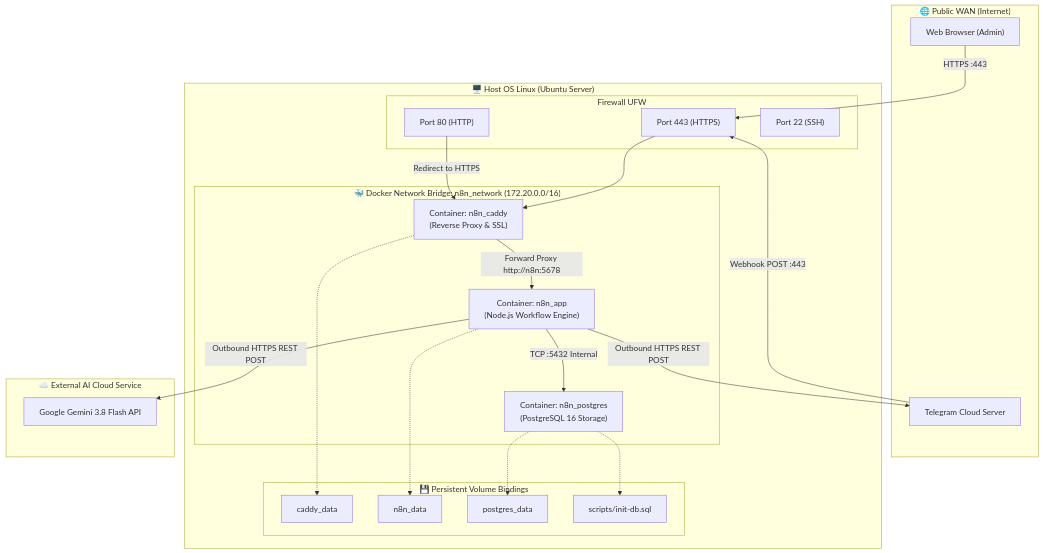
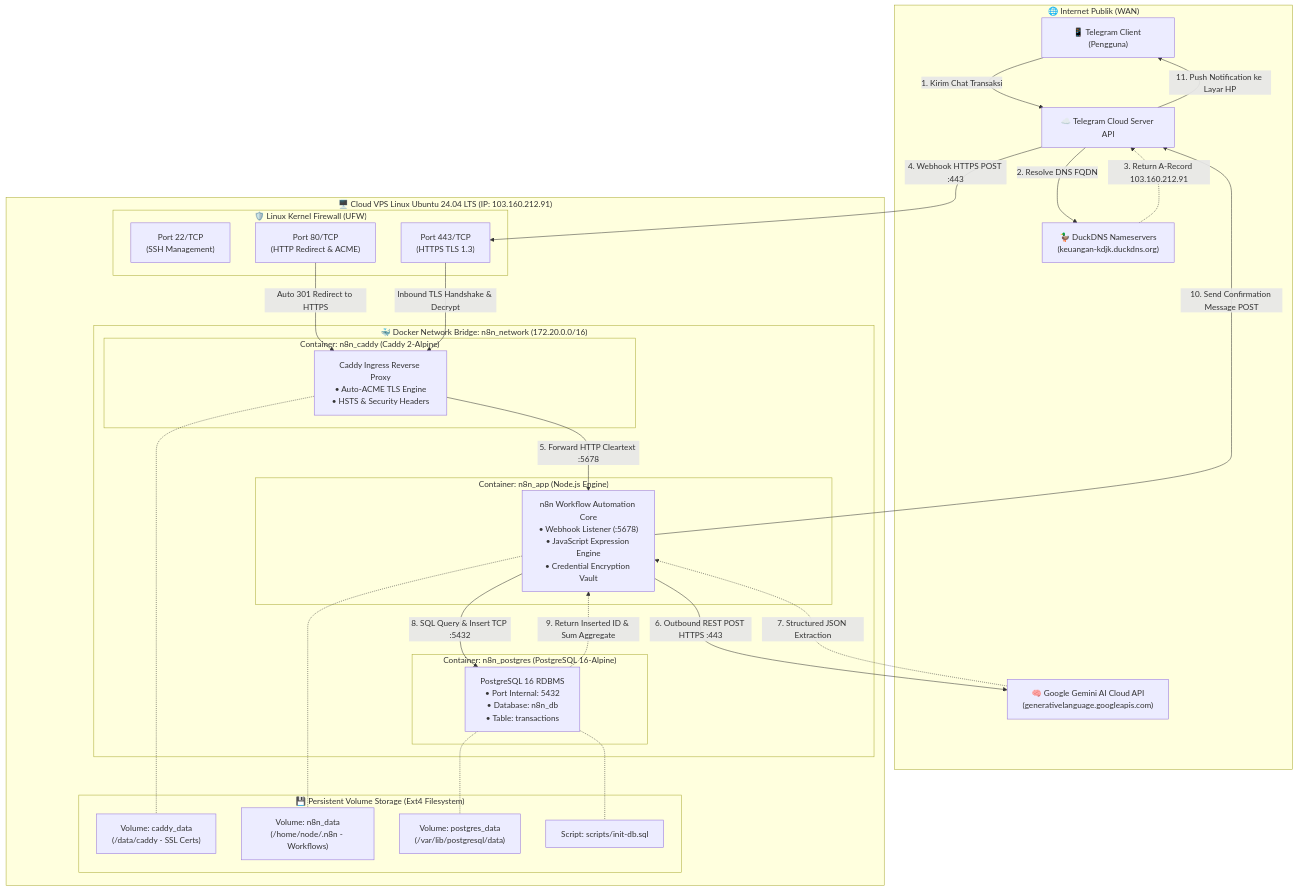
The second of 4 diagrams in README.md (oktares/KDJK-hosting), drawn with Mermaid before and after one commit. The commit also changed other lines of this file and 3 other files, not shown here.

````diff
--- a/README.md
+++ b/README.md
@@ -102,47 +175,65 @@
 ```mermaid
 graph TD
-    subgraph WAN ["🌐 Public WAN (Internet)"]
-        UserBrowser["Web Browser (Admin)"]
-        TelegramWebhook["Telegram Cloud Server"]
+    %% Entitas Eksternal
+    subgraph WAN ["🌐 Internet Publik (WAN)"]
+        UserDevice["📱 Telegram Client (Pengguna)"]
+        TGServer["☁️ Telegram Cloud Server API"]
+        DuckDNSSrv["🦆 DuckDNS Nameservers\n(keuangan-kdjk.duckdns.org)"]
+        GeminiCloud["🧠 Google Gemini AI Cloud API\n(generativelanguage.googleapis.com)"]
     end
 
-    subgraph HostVPS ["🖥️ Host OS Linux (Ubuntu Server)"]
-        subgraph UFW ["Firewall UFW"]
-            P80["Port 80 (HTTP)"]
-            P443["Port 443 (HTTPS)"]
-            P22["Port 22 (SSH)"]
+    %% Host VPS Linux
+    subgraph VPSHost ["🖥️ Cloud VPS Linux Ubuntu 24.04 LTS (IP: 103.160.212.91)"]
+        subgraph UFWFW ["🛡️ Linux Kernel Firewall (UFW)"]
+            Port22["Port 22/TCP\n(SSH Management)"]
+            Port80["Port 80/TCP\n(HTTP Redirect & ACME)"]
+            Port443["Port 443/TCP\n(HTTPS TLS 1.3)"]
         end
 
-        subgraph DockerNet ["🐳 Docker Network Bridge: n8n_network (172.20.0.0/16)"]
-            CaddyCtr["Container: n8n_caddy\n(Reverse Proxy & SSL)"]
-            N8nCtr["Container: n8n_app\n(Node.js Workflow Engine)"]
-            PGCtr["Container: n8n_postgres\n(PostgreSQL 16 Storage)"]
+        subgraph DockerBridge ["🐳 Docker Network Bridge: n8n_network (172.20.0.0/16)"]
+            subgraph ContCaddy ["Container: n8n_caddy (Caddy 2-Alpine)"]
+                CaddyEngine["Caddy Ingress Reverse Proxy\n• Auto-ACME TLS Engine\n• HSTS & Security Headers"]
+            end
+
+            subgraph ContN8n ["Container: n8n_app (Node.js Engine)"]
+                N8nCore["n8n Workflow Automation Core\n• Webhook Listener (:5678)\n• JavaScript Expression Engine\n• Credential Encryption Vault"]
+            end
+
+            subgraph ContPostgres ["Container: n8n_postgres (PostgreSQL 16-Alpine)"]
+                PGEngine["PostgreSQL 16 RDBMS\n• Port Internal: 5432\n• Database: n8n_db\n• Table: transactions"]
+            end
         end
 
-        subgraph Volumes ["💾 Persistent Volume Bindings"]
-            VolCaddy["caddy_data"]
-            VolN8n["n8n_data"]
-            VolPG["postgres_data"]
-            VolInit["scripts/init-db.sql"]
+        subgraph HostStorage ["💾 Persistent Volume Storage (Ext4 Filesystem)"]
+            VolCaddyData["Volume: caddy_data\n(/data/caddy - SSL Certs)"]
+            VolN8nData["Volume: n8n_data\n(/home/node/.n8n - Workflows)"]
+            VolPGData["Volume: postgres_data\n(/var/lib/postgresql/data)"]
+            InitSQL["Script: scripts/init-db.sql"]
         end
     end
 
-    subgraph ExternalCloud ["☁️ External AI Cloud Service"]
-        GeminiAPI["Google Gemini 3.8 Flash API"]
-    end
+    %% Alur Koneksi
+    UserDevice -->|1. Kirim Chat Transaksi| TGServer
+    TGServer -->|2. Resolve DNS FQDN| DuckDNSSrv
+    DuckDNSSrv -.->|3. Return A-Record 103.160.212.91| TGServer
+    TGServer -->|4. Webhook HTTPS POST :443| Port443
 
-    UserBrowser -->|HTTPS :443| P443
-    TelegramWebhook -->|Webhook POST :443| P443
-    P80 -->|Redirect to HTTPS| CaddyCtr
-    P443 --> CaddyCtr
+    Port80 -->|Auto 301 Redirect to HTTPS| CaddyEngine
+    Port443 -->|Inbound TLS Handshake & Decrypt| CaddyEngine
 
-    CaddyCtr -->|Forward Proxy http://n8n:5678| N8nCtr
-    N8nCtr -->|TCP :5432 Internal| PGCtr
-    N8nCtr -->|Outbound HTTPS REST POST| GeminiAPI
-    N8nCtr -->|Outbound HTTPS REST POST| TelegramWebhook
+    CaddyEngine -->|5. Forward HTTP Cleartext :5678| N8nCore
+    N8nCore -->|6. Outbound REST POST HTTPS :443| GeminiCloud
+    GeminiCloud -.->|7. Structured JSON Extraction| N8nCore
 
-    CaddyCtr -.-> VolCaddy
-    N8nCtr -.-> VolN8n
-    PGCtr -.-> VolPG
-    PGCtr -.-> VolInit
+    N8nCore -->|8. SQL Query & Insert TCP :5432| PGEngine
+    PGEngine -.->|9. Return Inserted ID & Sum Aggregate| N8nCore
+
+    N8nCore -->|10. Send Confirmation Message POST| TGServer
+    TGServer -->|11. Push Notification ke Layar HP| UserDevice
+
+    %% Volume Mounts
+    CaddyEngine -.- VolCaddyData
+    N8nCore -.- VolN8nData
+    PGEngine -.- VolPGData
+    PGEngine -.- InitSQL
 ```
````
